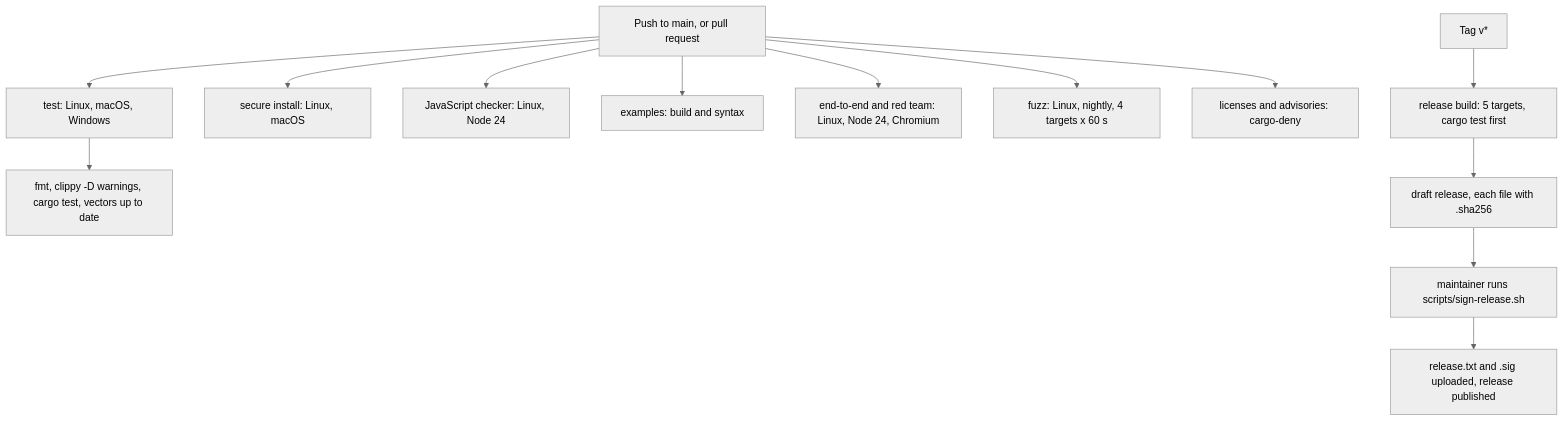
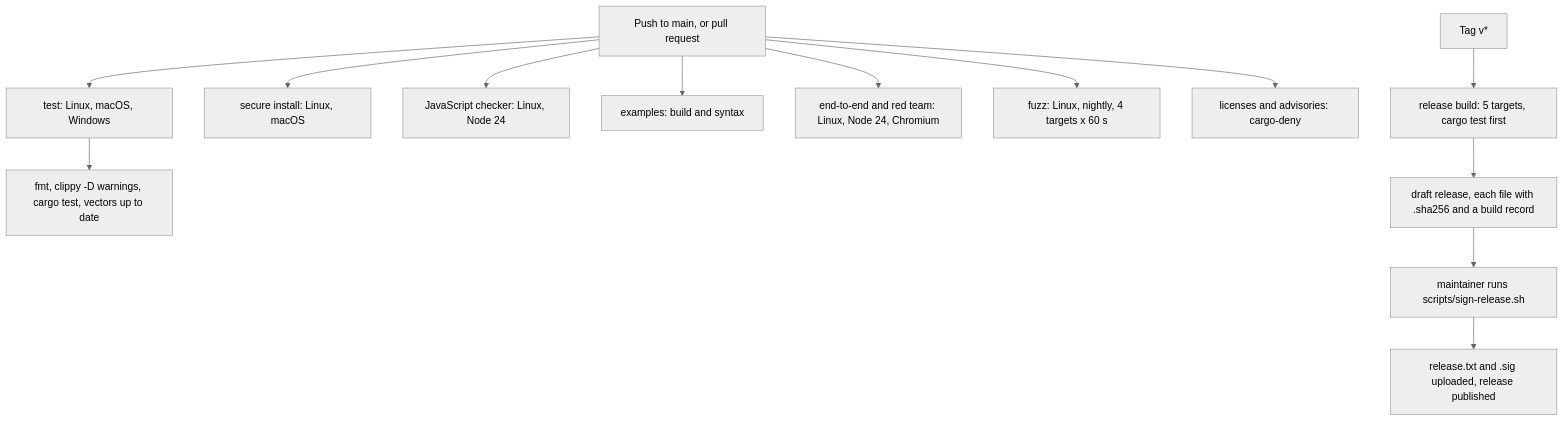
The diagram in docs/testing.md (Phygital-Key/phygital-key), drawn with Mermaid (neutral theme) before and after one commit. The commit also changed other lines of this file and 26 other files, not shown here.

````diff
--- a/docs/testing.md
+++ b/docs/testing.md
@@ -384,15 +386,15 @@
 ```mermaid
 flowchart TD
   T["Push to main, or pull request"] --> J1["test: Linux, macOS, Windows"]
   T --> J2["secure install: Linux, macOS"]
   T --> J3["JavaScript checker: Linux, Node 24"]
   T --> J7["examples: build and syntax"]
   T --> J4["end-to-end and red team: Linux, Node 24, Chromium"]
   T --> J5["fuzz: Linux, nightly, 4 targets x 60 s"]
   T --> J6["licenses and advisories: cargo-deny"]
   J1 --> S1["fmt, clippy -D warnings, cargo test, vectors up to date"]
   Tag["Tag v*"] --> RB["release build: 5 targets, cargo test first"]
-  RB --> RD["draft release, each file with .sha256"]
+  RB --> RD["draft release, each file with .sha256 and a build record"]
   RD --> SG["maintainer runs scripts/sign-release.sh"]
   SG --> RP["release.txt and .sig uploaded, release published"]
 ```
````
